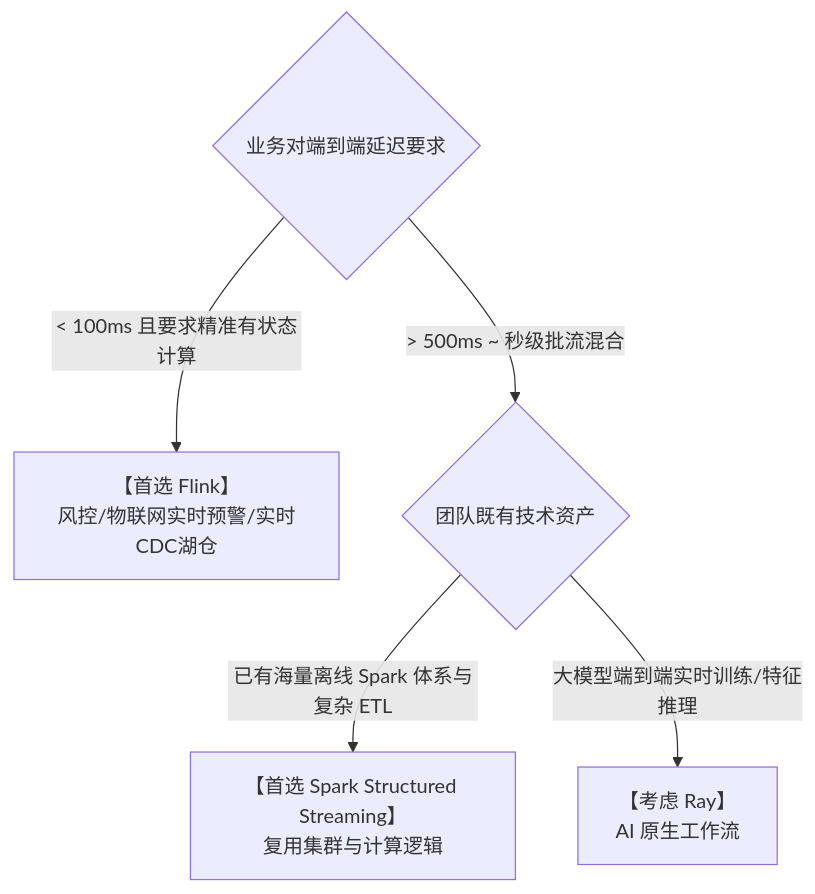
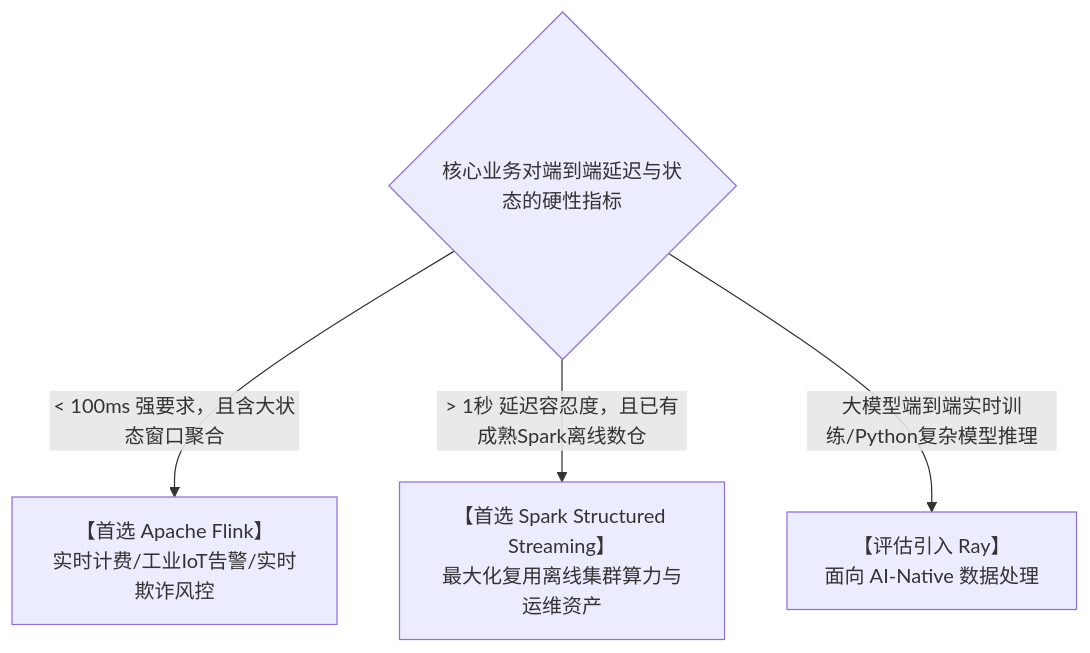
The sixth of 7 diagrams in 01-bigdata/01-flink/01-flink-runtime-architecture.md (tieke1121/tech-interview-knowledge-base), drawn with Mermaid before and after one commit. The commit also changed other lines of this file and 3 other files, not shown here.

First line of the commit message:
refactor: upgrade template & docs for technical director/architect interview

````diff
--- a/01-bigdata/01-flink/01-flink-runtime-architecture.md
+++ b/01-bigdata/01-flink/01-flink-runtime-architecture.md
@@ -377,8 +262,7 @@
 ```mermaid
 flowchart TD
-    Req{"业务对端到端延迟要求"}
-    Req -->|"< 100ms 且要求精准有状态计算"| ChoiceFlink["【首选 Flink】<br/>风控/物联网实时预警/实时CDC湖仓"]
-    Req -->|"> 500ms ~ 秒级批流混合"| CheckEcosystem{"团队既有技术资产"}
-    CheckEcosystem -->|"已有海量离线 Spark 体系与复杂 ETL"| ChoiceSpark["【首选 Spark Structured Streaming】<br/>复用集群与计算逻辑"]
-    CheckEcosystem -->|"大模型端到端实时训练/特征推理"| ChoiceRay["【考虑 Ray】<br/>AI 原生工作流"]
+    Req{"核心业务对端到端延迟与状态的硬性指标"}
+    Req -->|"< 100ms 强要求，且含大状态窗口聚合"| ChoiceFlink["【首选 Apache Flink】<br/>实时计费/工业IoT告警/实时欺诈风控"]
+    Req -->|"> 1秒 延迟容忍度，且已有成熟Spark离线数仓"| ChoiceSpark["【首选 Spark Structured Streaming】<br/>最大化复用离线集群算力与运维资产"]
+    Req -->|"大模型端到端实时训练/Python复杂模型推理"| ChoiceRay["【评估引入 Ray】<br/>面向 AI-Native 数据处理"]
 ```
````
